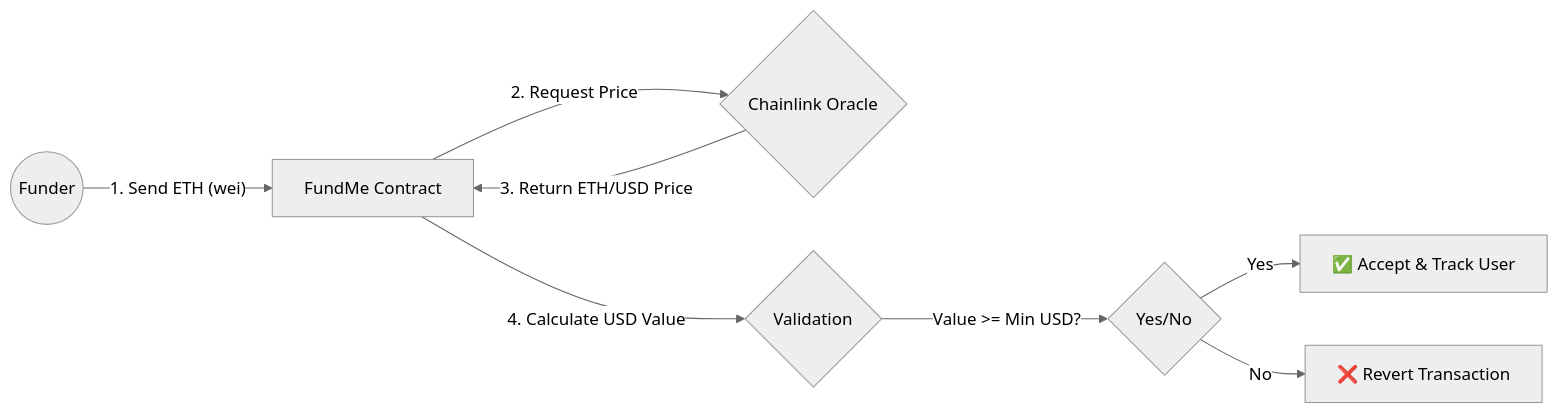
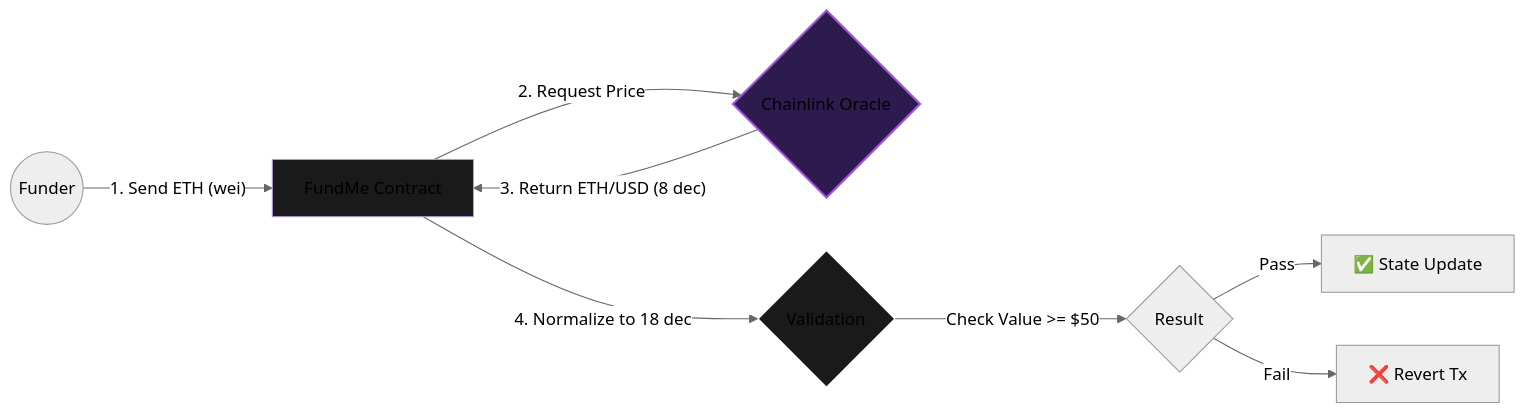
One commit to NexTechArchitect/FundMe-Contract changed the first of 2 diagrams in README.md. Above: the diagram before and after it, drawn with Mermaid (neutral theme). The commit also changed other lines of this file, not shown here.

````diff
--- a/README.md
+++ b/README.md
@@ -48,18 +62,22 @@
 ```mermaid
 graph LR
     User((Funder))
     Contract[FundMe Contract]
     Oracle{Chainlink Oracle}
     Logic{Validation}
 
     User -- "1. Send ETH (wei)" --> Contract
     Contract -- "2. Request Price" --> Oracle
-    Oracle -- "3. Return ETH/USD Price" --> Contract
+    Oracle -- "3. Return ETH/USD (8 dec)" --> Contract
     
-    Contract -- "4. Calculate USD Value" --> Logic
-    Logic -- "Value >= Min USD?" --> Valid{Yes/No}
+    Contract -- "4. Normalize to 18 dec" --> Logic
+    Logic -- "Check Value >= $50" --> Valid{Result}
     
-    Valid -- "Yes" --> Accept[✅ Accept & Track User]
-    Valid -- "No" --> Revert[❌ Revert Transaction]
+    Valid -- "Pass" --> Accept[✅ State Update]
+    Valid -- "Fail" --> Revert[❌ Revert Tx]
+
+    style Oracle fill:#2d1b4e,stroke:#9d4edd,stroke-width:2px
+    style Contract fill:#1a1a1a,stroke:#b298dc
+    style Logic fill:#1a1a1a,stroke:#fff
 
 ```
````
